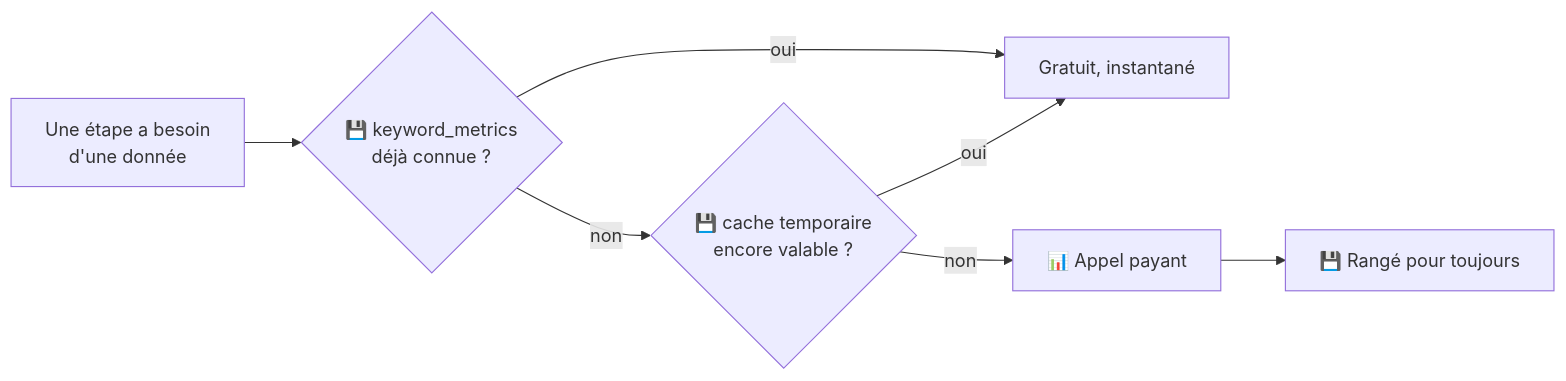
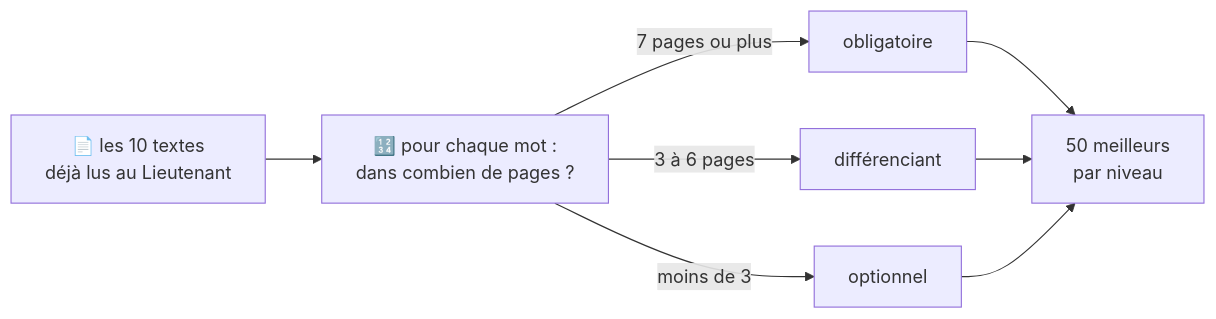
One commit to annubis-knight/Blog_Redactor_SEO changed the eighth of 11 diagrams in GUIDE-04-OUTILS.md. Above: the diagram before and after it, drawn with Mermaid. The commit also changed other lines of this file and 3 other files, not shown here.

````diff
--- a/GUIDE-04-OUTILS.md
+++ b/GUIDE-04-OUTILS.md
@@ -271,9 +453,10 @@
 ```mermaid
 flowchart LR
-  A["Une étape a besoin<br/>d'une donnée"] --> B{"💾 keyword_metrics<br/>déjà connue ?"}
-  B -->|oui| G["Gratuit, instantané"]
-  B -->|non| C{"💾 cache temporaire<br/>encore valable ?"}
-  C -->|oui| G
-  C -->|non| D["📊 Appel payant"]
-  D --> E["💾 Rangé pour toujours"]
+  P["📄 les 10 textes<br/>déjà lus au Lieutenant"] --> C["🔢 pour chaque mot :<br/>dans combien de pages ?"]
+  C -->|"7 pages ou plus"| O["obligatoire"]
+  C -->|"3 à 6 pages"| DF["différenciant"]
+  C -->|"moins de 3"| OP["optionnel"]
+  O --> TOP["50 meilleurs<br/>par niveau"]
+  DF --> TOP
+  OP --> TOP
 ```
````
